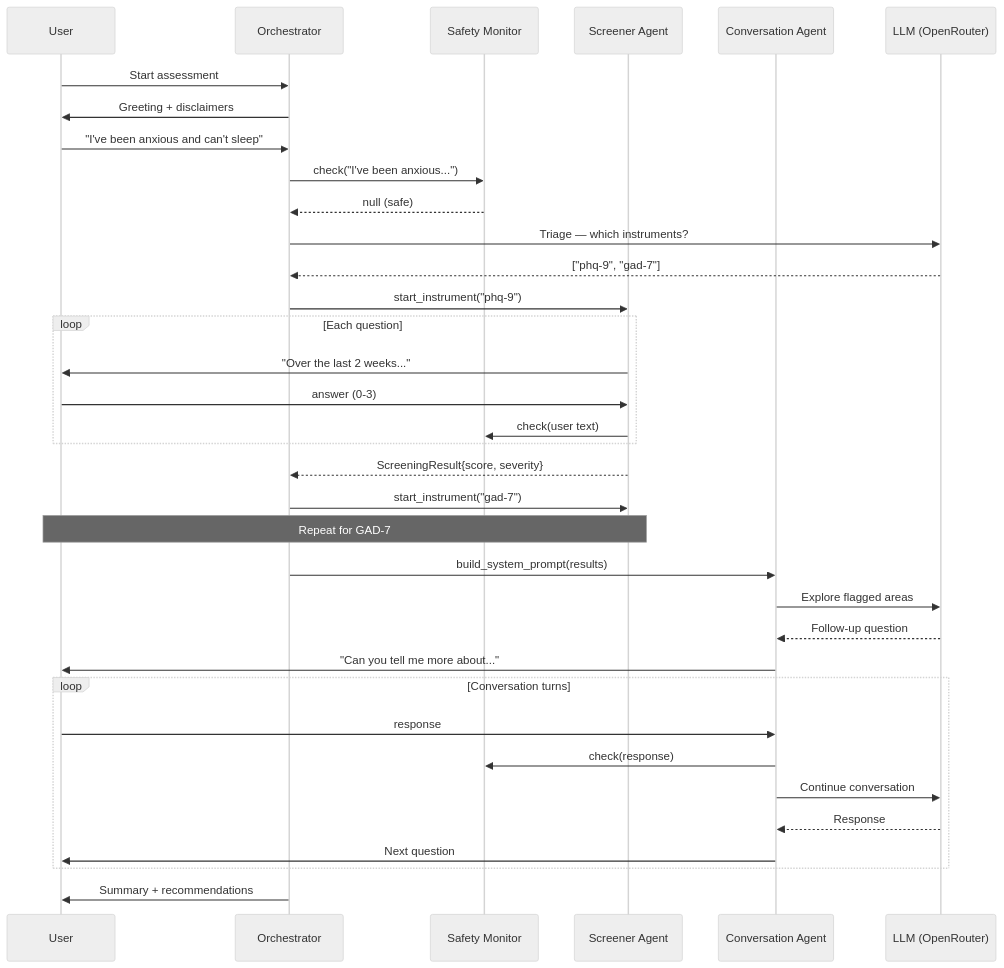
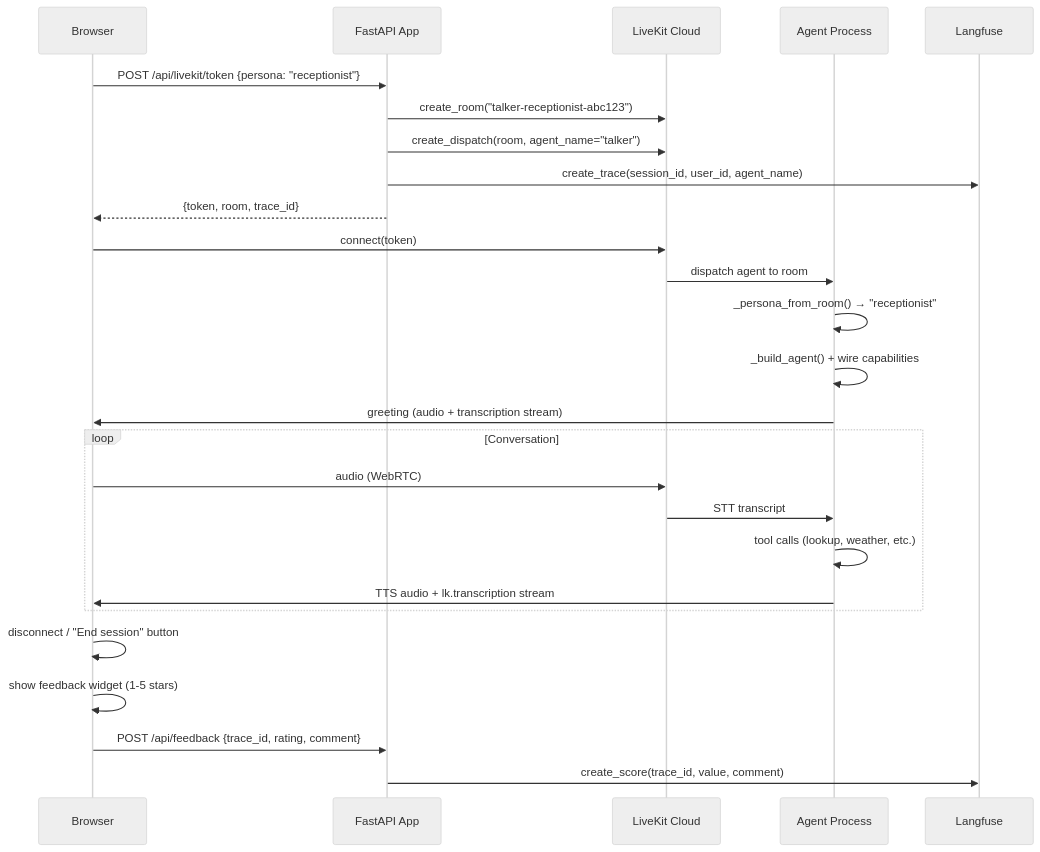
The fourth of 8 diagrams in docs/architecture.md (bodharma/talker), drawn with Mermaid (neutral theme) before and after one commit. The commit also changed other lines of this file and 3 other files, not shown here.

First line of the commit message:
docs: rewrite architecture and LiveKit docs for code review

````diff
--- a/docs/architecture.md
+++ b/docs/architecture.md
@@ -242,43 +253,32 @@
 ```mermaid
 sequenceDiagram
-    participant U as User
-    participant O as Orchestrator
-    participant SM as Safety Monitor
-    participant S as Screener Agent
-    participant C as Conversation Agent
-    participant LLM as LLM (OpenRouter)
+    participant U as Browser
+    participant APP as FastAPI App
+    participant LK as LiveKit Cloud
+    participant AGT as Agent Process
+    participant LF as Langfuse
 
-    U->>O: Start assessment
-    O->>U: Greeting + disclaimers
-    U->>O: "I've been anxious and can't sleep"
-    O->>SM: check("I've been anxious...")
-    SM-->>O: null (safe)
-    O->>LLM: Triage — which instruments?
-    LLM-->>O: ["phq-9", "gad-7"]
-    O->>S: start_instrument("phq-9")
+    U->>APP: POST /api/livekit/token {persona: "receptionist"}
+    APP->>LK: create_room("talker-receptionist-abc123")
+    APP->>LK: create_dispatch(room, agent_name="talker")
+    APP->>LF: create_trace(session_id, user_id, agent_name)
+    APP-->>U: {token, room, trace_id}
 
-    loop Each question
-        S->>U: "Over the last 2 weeks..."
-        U->>S: answer (0-3)
-        S->>SM: check(user text)
+    U->>LK: connect(token)
+    LK->>AGT: dispatch agent to room
+    AGT->>AGT: _persona_from_room() → "receptionist"
+    AGT->>AGT: _build_agent() + wire capabilities
+    AGT->>U: greeting (audio + transcription stream)
+
+    loop Conversation
+        U->>LK: audio (WebRTC)
+        LK->>AGT: STT transcript
+        AGT->>AGT: tool calls (lookup, weather, etc.)
+        AGT->>U: TTS audio + lk.transcription stream
     end
 
-    S-->>O: ScreeningResult{score, severity}
-    O->>S: start_instrument("gad-7")
-    Note over S,U: Repeat for GAD-7
-
-    O->>C: build_system_prompt(results)
-    C->>LLM: Explore flagged areas
-    LLM-->>C: Follow-up question
-    C->>U: "Can you tell me more about..."
-
-    loop Conversation turns
-        U->>C: response
-        C->>SM: check(response)
-        C->>LLM: Continue conversation
-        LLM-->>C: Response
-        C->>U: Next question
-    end
-
-    O->>U: Summary + recommendations
+    U->>U: disconnect / "End session" button
+    U->>U: show feedback widget (1-5 stars)
+    U->>APP: POST /api/feedback {trace_id, rating, comment}
+    APP->>LF: create_score(trace_id, value, comment)
 ```
````
